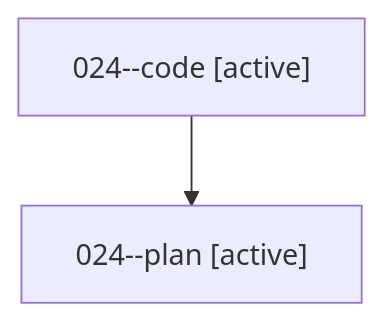
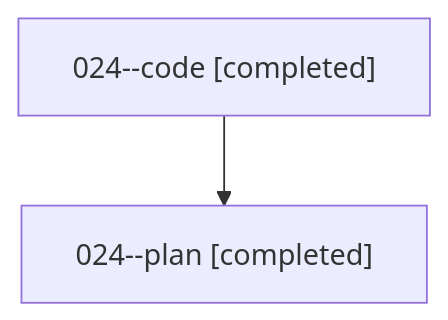
Before and after one commit to bobs-org/bob-cli--agents: the diagram in families/bbugyi200.athena.024.md, drawn with Mermaid. The commit also changed other lines of this file and 90 other files, not shown here.

````diff
--- a/families/bbugyi200.athena.024.md
+++ b/families/bbugyi200.athena.024.md
@@ -9,6 +9,6 @@
 ```mermaid
 flowchart TD
-  n0["024--code [active]"]
-  n1["024--plan [active]"]
+  n0["024--code [completed]"]
+  n1["024--plan [completed]"]
   n0 --> n1
 ```
````
